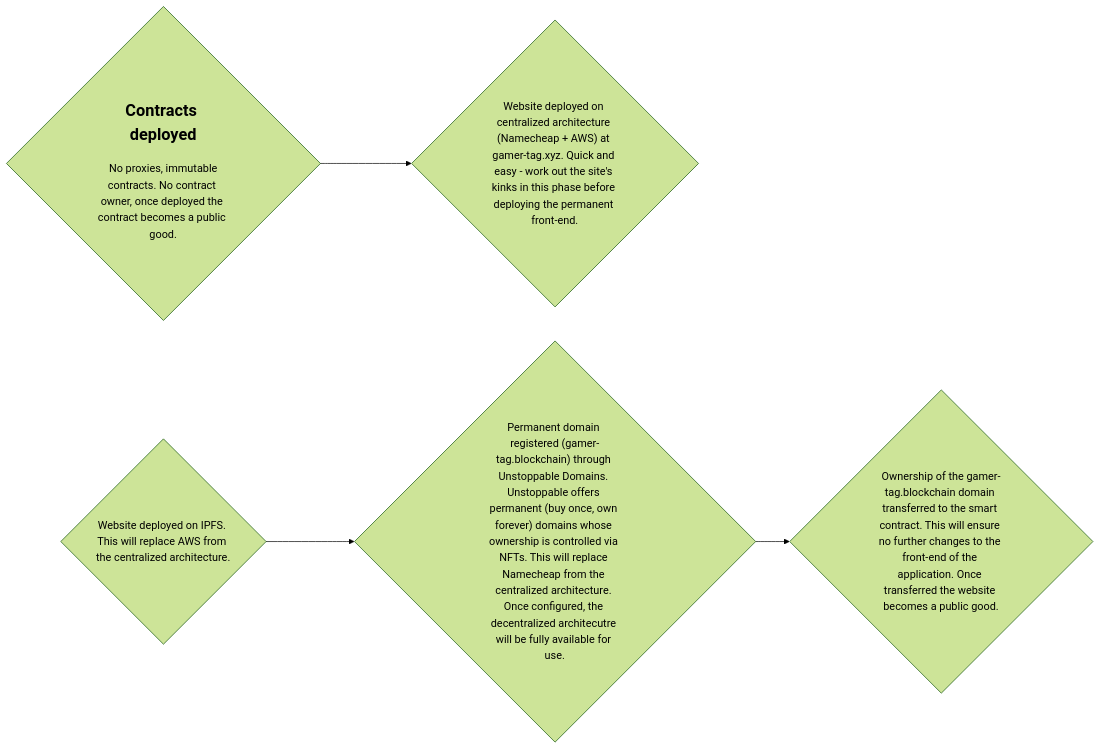
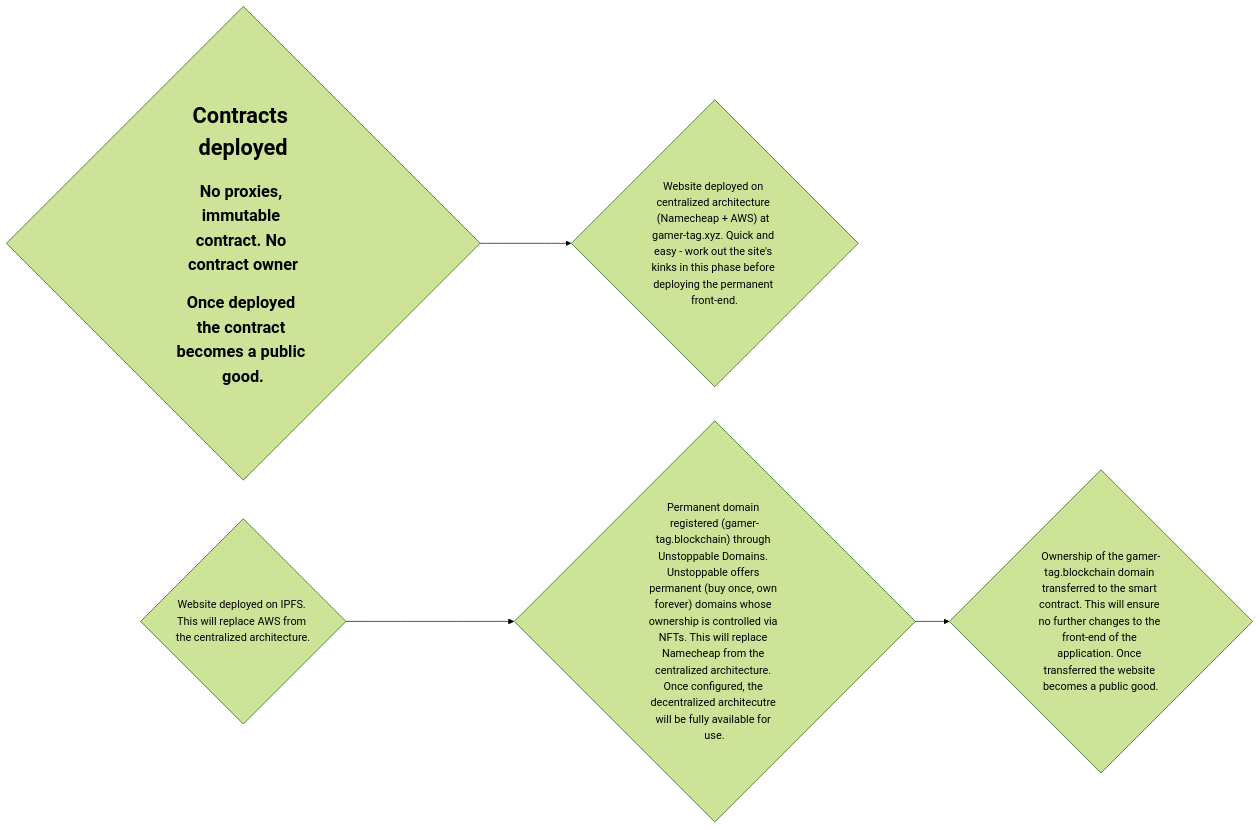
The diagram in README.md (TerryJHarrison/gamer-tag), drawn with Mermaid (forest theme) before and after one commit.

````diff
--- a/README.md
+++ b/README.md
@@ -9,12 +9,12 @@
 ```mermaid
 flowchart LR
-	A{"<h2>Contracts deployed</h2> No proxies, immutable contracts. No contract owner, once deployed the contract becomes a public good."}
+	A{"<h1>Contracts deployed</h1><h2>No proxies, immutable contract. No contract owner</h2><h2>Once deployed the contract becomes a public good.</h2>"}
 	B{"Website deployed on centralized architecture (Namecheap + AWS) at gamer-tag.xyz. Quick and easy - work out the site's kinks in this phase before deploying the permanent front-end."}
 	C{"Website deployed on IPFS. This will replace AWS from the centralized architecture."}
 	D{"Permanent domain registered (gamer-tag.blockchain) through Unstoppable Domains. Unstoppable offers permanent (buy once, own forever) domains whose ownership is controlled via NFTs. This will replace Namecheap from the centralized architecture. Once configured, the decentralized architecutre will be fully available for use."}
 	E{"Ownership of the gamer-tag.blockchain domain transferred to the smart contract. This will ensure no further changes to the front-end of the application. Once transferred the website becomes a public good."}
 	A --> B
 	C --> D --> E 
 	
 	style A text-size:22px;
 ```
````
